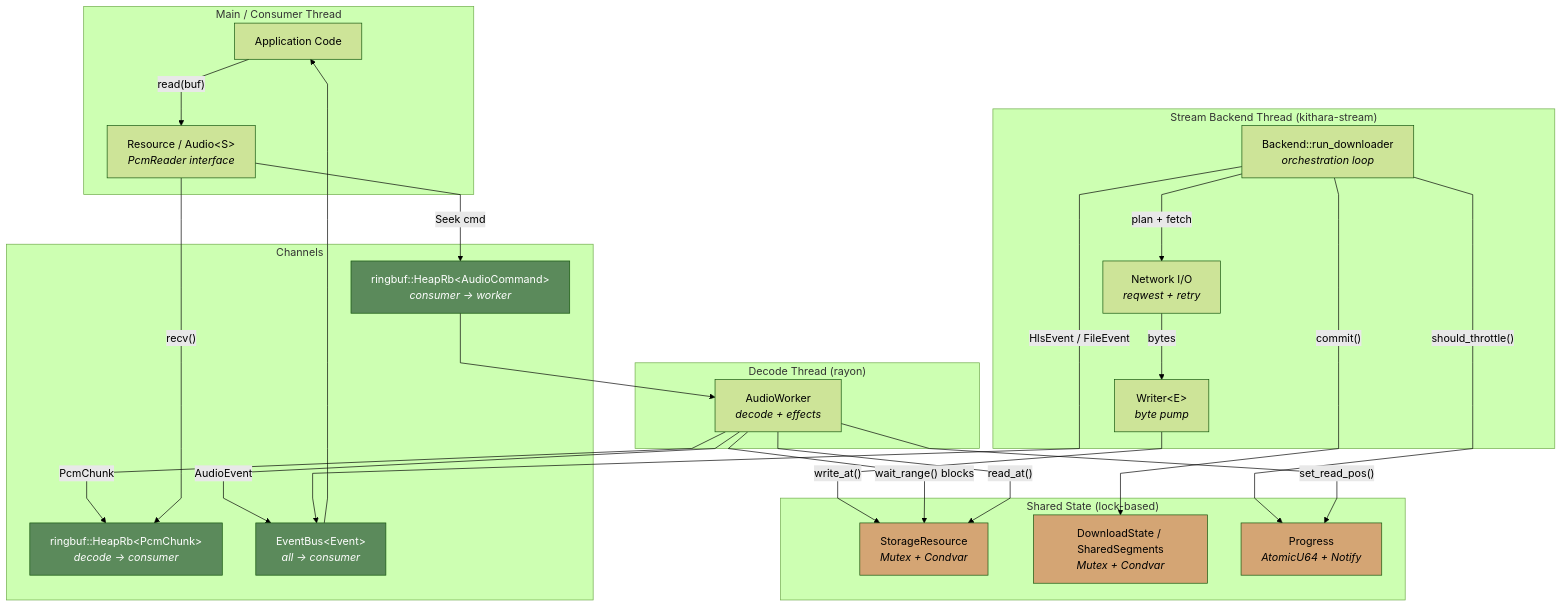
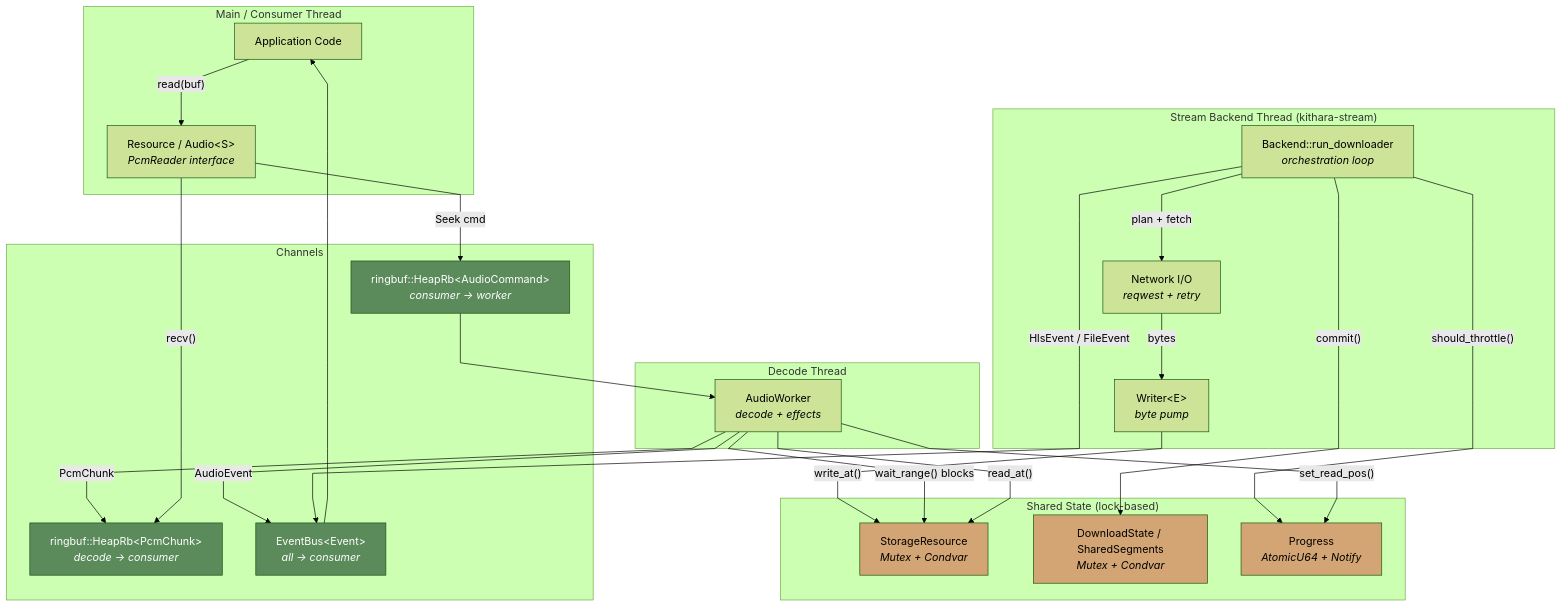
One commit to zvuk/kithara changed the first of 2 diagrams in crates/kithara-audio/README.md. Above: the diagram before and after it, drawn with Mermaid (forest theme). The commit also changed other lines of this file and 30 other files, not shown here.

````diff
--- a/crates/kithara-audio/README.md
+++ b/crates/kithara-audio/README.md
@@ -40,58 +40,58 @@
 ```mermaid
 %%{init: {"flowchart": {"curve": "linear"}} }%%
 flowchart TB
     subgraph "Main / Consumer Thread"
         App["Application Code"]
         Resource["Resource / Audio&lt;S&gt;<br/><i>PcmReader interface</i>"]
         App -- "read(buf)" --> Resource
     end
 
     subgraph "Stream Backend Thread (kithara-stream)"
         DLLoop["Backend::run_downloader<br/><i>orchestration loop</i>"]
         NetTask["Network I/O<br/><i>reqwest + retry</i>"]
         WriterTask["Writer&lt;E&gt;<br/><i>byte pump</i>"]
         DLLoop -- "plan + fetch" --> NetTask
         NetTask -- "bytes" --> WriterTask
     end
 
-    subgraph "Decode Thread (rayon)"
+    subgraph "Decode Thread"
         DecodeWorker["AudioWorker<br/><i>decode + effects</i>"]
     end
 
     subgraph "Shared State (lock-based)"
         StorageRes["StorageResource<br/><i>Mutex + Condvar</i>"]
         SegIdx["DownloadState / SharedSegments<br/><i>Mutex + Condvar</i>"]
         Progress["Progress<br/><i>AtomicU64 + Notify</i>"]
     end
 
     subgraph "Channels"
         PcmChan["ringbuf::HeapRb&lt;PcmChunk&gt;<br/><i>decode -> consumer</i>"]
         CmdChan["ringbuf::HeapRb&lt;AudioCommand&gt;<br/><i>consumer -> worker</i>"]
         EventChan["EventBus&lt;Event&gt;<br/><i>all -> consumer</i>"]
     end
 
     WriterTask -- "write_at()" --> StorageRes
     DLLoop -- "commit()" --> SegIdx
 
     DecodeWorker -- "wait_range() blocks" --> StorageRes
     DecodeWorker -- "read_at()" --> StorageRes
     DecodeWorker -- "PcmChunk" --> PcmChan
     Resource -- "recv()" --> PcmChan
 
     Resource -- "Seek cmd" --> CmdChan
     CmdChan --> DecodeWorker
 
     DecodeWorker -- "AudioEvent" --> EventChan
     DLLoop -- "HlsEvent / FileEvent" --> EventChan
     EventChan --> App
 
     DLLoop -- "should_throttle()" --> Progress
     DecodeWorker -- "set_read_pos()" --> Progress
 
     style StorageRes fill:#d4a574,color:#000
     style SegIdx fill:#d4a574,color:#000
     style Progress fill:#d4a574,color:#000
     style PcmChan fill:#5b8a5b,color:#fff
     style CmdChan fill:#5b8a5b,color:#fff
     style EventChan fill:#5b8a5b,color:#fff
 ```
````
